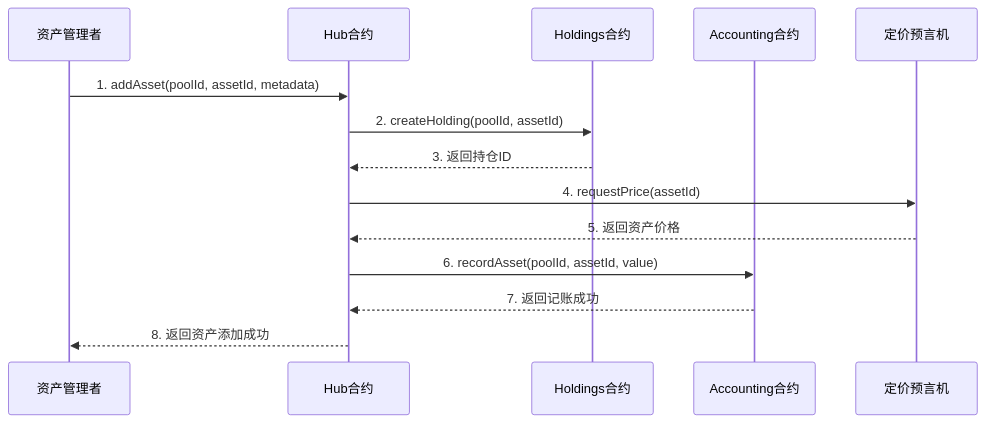
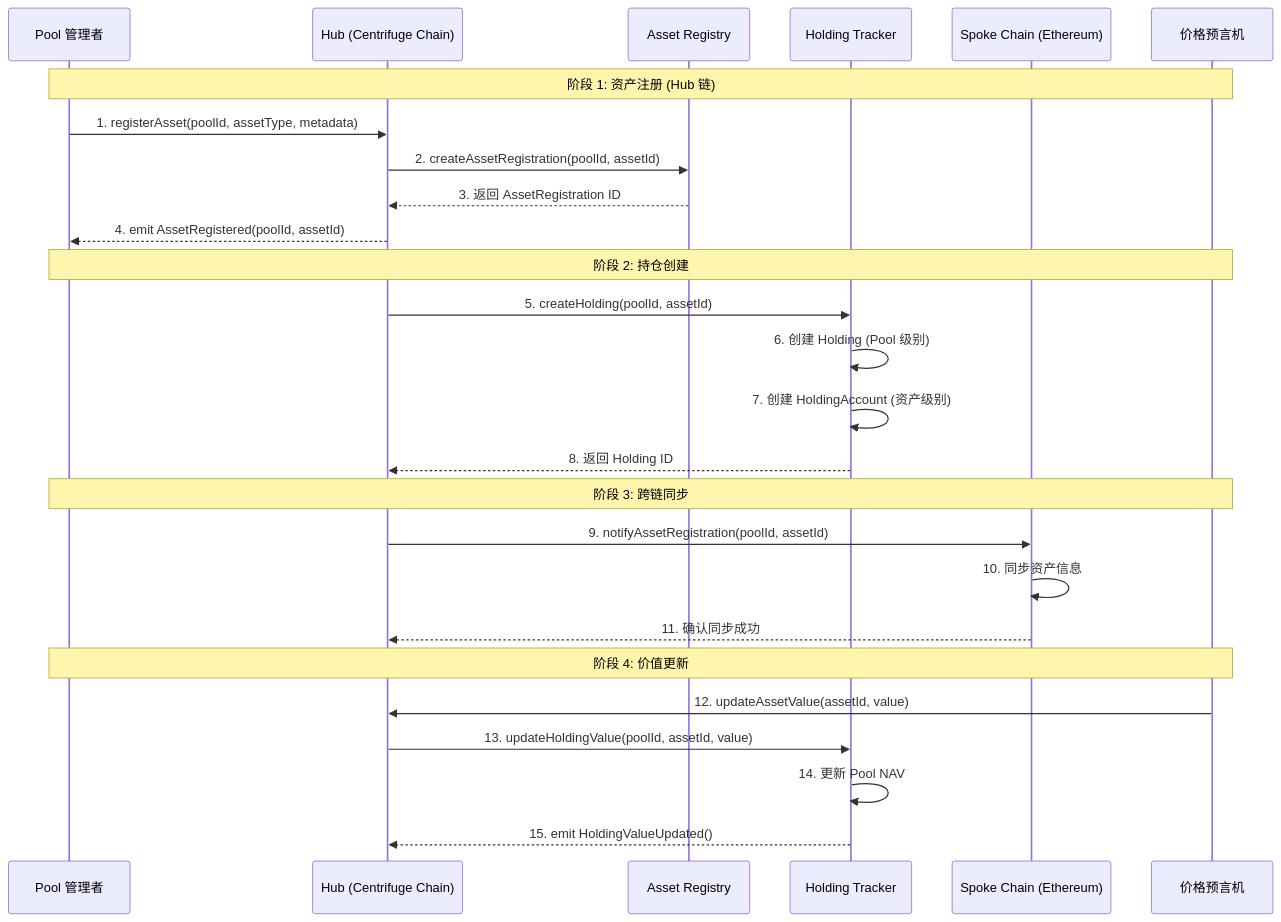
The second of 7 diagrams in product-analysis/RWA-Protocols/Centrifuge/technical-deep-dive.md (USDAble/rwa-husd-docs), drawn with Mermaid before and after one commit. The commit also changed other lines of this file, not shown here.

````diff
--- a/product-analysis/RWA-Protocols/Centrifuge/technical-deep-dive.md
+++ b/product-analysis/RWA-Protocols/Centrifuge/technical-deep-dive.md
@@ -408,17 +417,32 @@
 ```mermaid
 sequenceDiagram
-    participant Issuer as 资产管理者
-    participant Hub as Hub合约
-    participant Holdings as Holdings合约
-    participant Accounting as Accounting合约
-    participant Oracle as 定价预言机
+    participant Manager as Pool 管理者
+    participant Hub as Hub (Centrifuge Chain)
+    participant Registry as Asset Registry
+    participant Tracker as Holding Tracker
+    participant Spoke as Spoke Chain (Ethereum)
+    participant Oracle as 价格预言机
 
-    Issuer->>Hub: 1. addAsset(poolId, assetId, metadata)
-    Hub->>Holdings: 2. createHolding(poolId, assetId)
-    Holdings-->>Hub: 3. 返回持仓ID
-    Hub->>Oracle: 4. requestPrice(assetId)
-    Oracle-->>Hub: 5. 返回资产价格
-    Hub->>Accounting: 6. recordAsset(poolId, assetId, value)
-    Accounting-->>Hub: 7. 返回记账成功
-    Hub-->>Issuer: 8. 返回资产添加成功
+    Note over Manager,Oracle: 阶段 1: 资产注册 (Hub 链)
+    Manager->>Hub: 1. registerAsset(poolId, assetType, metadata)
+    Hub->>Registry: 2. createAssetRegistration(poolId, assetId)
+    Registry-->>Hub: 3. 返回 AssetRegistration ID
+    Hub-->>Manager: 4. emit AssetRegistered(poolId, assetId)
+
+    Note over Manager,Oracle: 阶段 2: 持仓创建
+    Hub->>Tracker: 5. createHolding(poolId, assetId)
+    Tracker->>Tracker: 6. 创建 Holding (Pool 级别)
+    Tracker->>Tracker: 7. 创建 HoldingAccount (资产级别)
+    Tracker-->>Hub: 8. 返回 Holding ID
+
+    Note over Manager,Oracle: 阶段 3: 跨链同步
+    Hub->>Spoke: 9. notifyAssetRegistration(poolId, assetId)
+    Spoke->>Spoke: 10. 同步资产信息
+    Spoke-->>Hub: 11. 确认同步成功
+
+    Note over Manager,Oracle: 阶段 4: 价值更新
+    Oracle->>Hub: 12. updateAssetValue(assetId, value)
+    Hub->>Tracker: 13. updateHoldingValue(poolId, assetId, value)
+    Tracker->>Tracker: 14. 更新 Pool NAV
+    Tracker-->>Hub: 15. emit HoldingValueUpdated()
 ```
````
